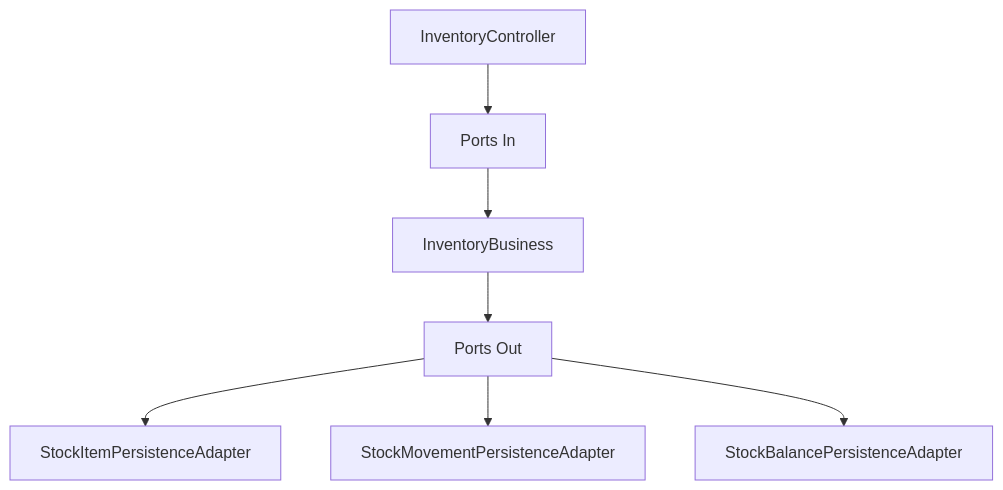
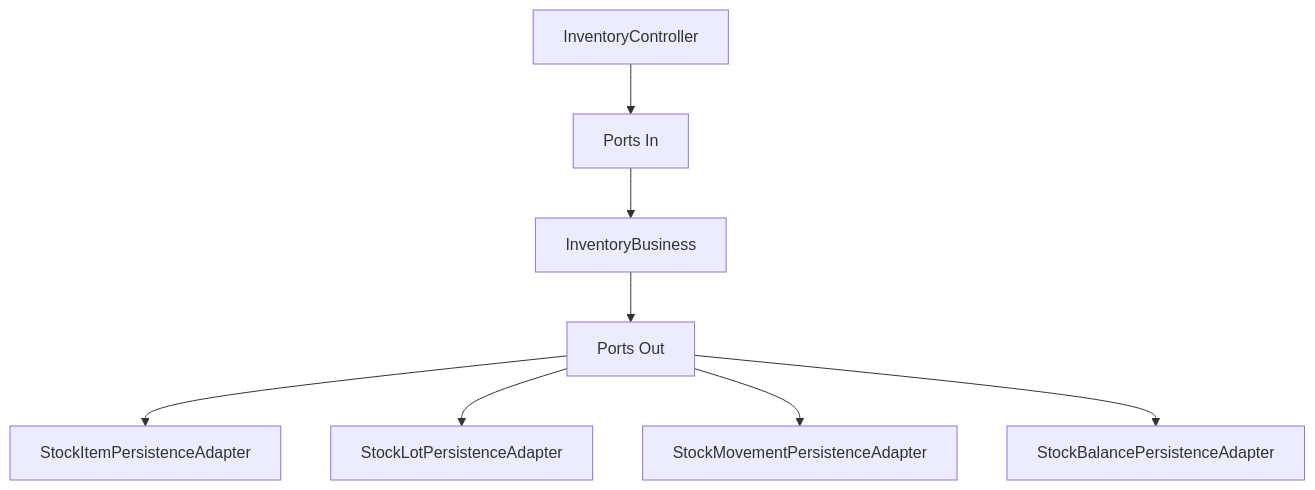
The third of 3 diagrams in docs/02-modules/INVENTORY_MODULE.md (AlbertoVilar/caprigestor-backend), drawn with Mermaid before and after one commit. The commit also changed other lines of this file and 2 other files, not shown here.

````diff
--- a/docs/02-modules/INVENTORY_MODULE.md
+++ b/docs/02-modules/INVENTORY_MODULE.md
@@ -135,9 +162,10 @@
 ```mermaid
 graph TD
     A[InventoryController] --> B[Ports In]
     B --> C[InventoryBusiness]
     C --> D[Ports Out]
     D --> E[StockItemPersistenceAdapter]
-    D --> F[StockMovementPersistenceAdapter]
-    D --> G[StockBalancePersistenceAdapter]
+    D --> F[StockLotPersistenceAdapter]
+    D --> G[StockMovementPersistenceAdapter]
+    D --> H[StockBalancePersistenceAdapter]
 ```
````
